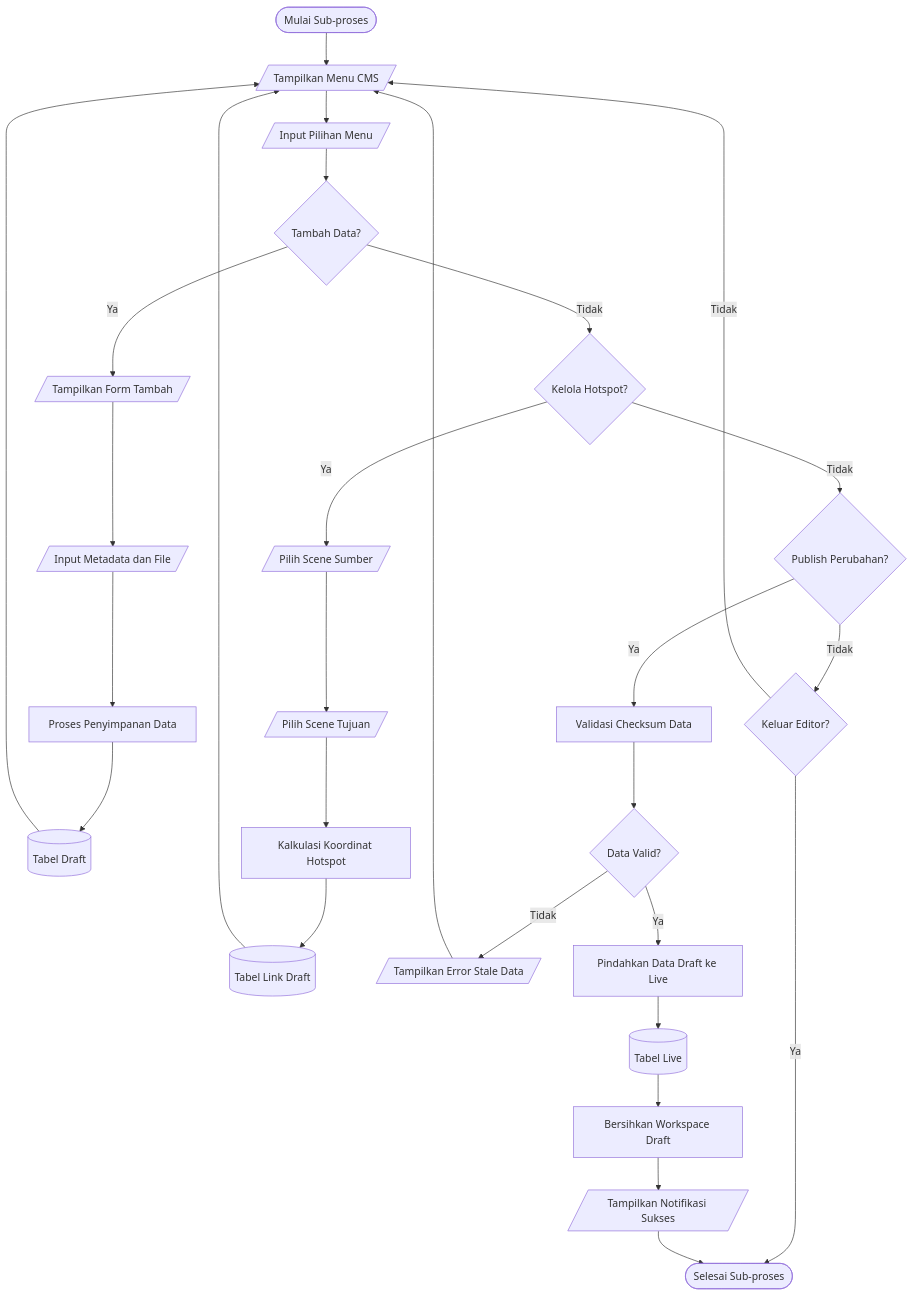
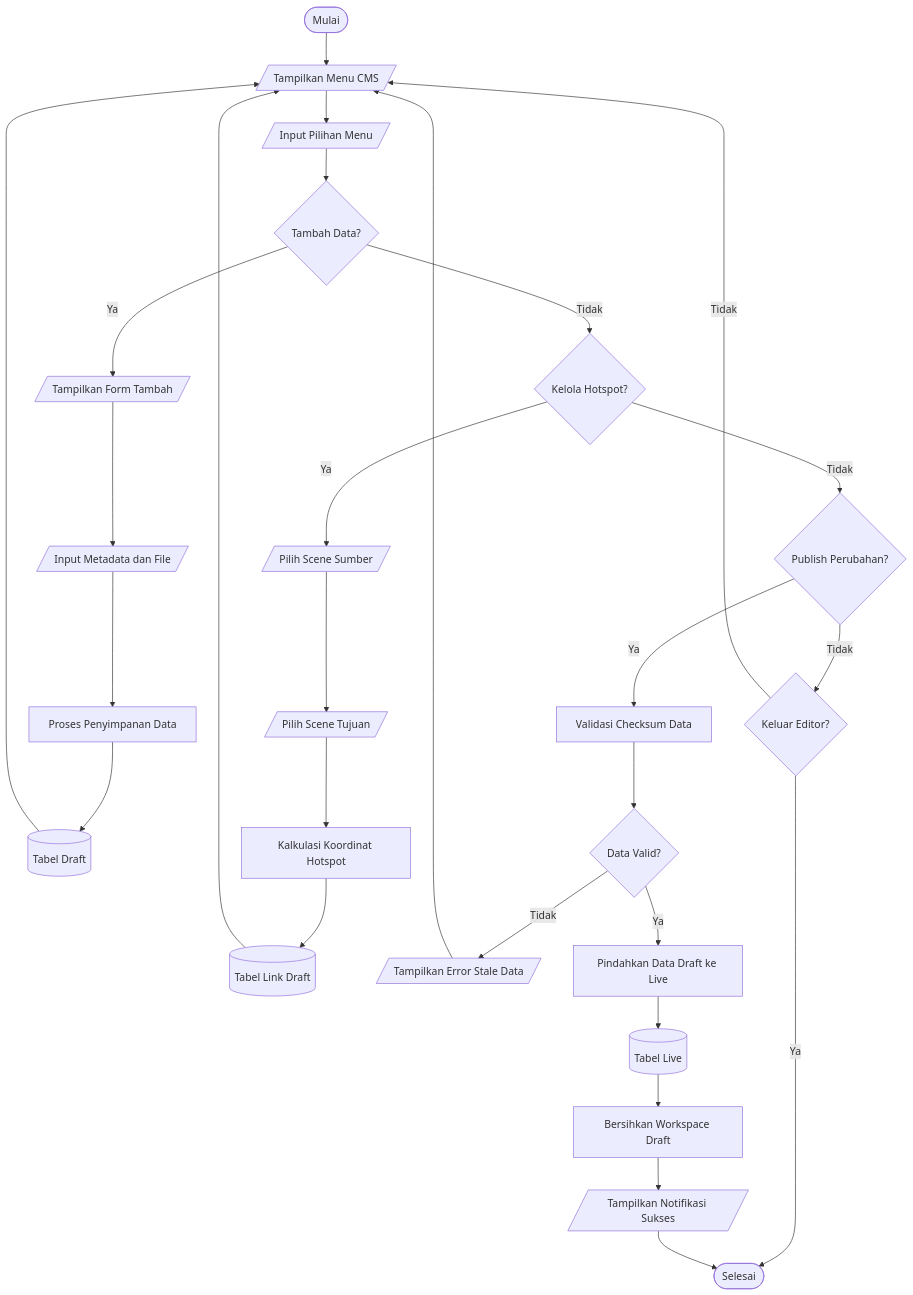
Before and after one commit to rrfito/Semen_Padang_VR: the third of 6 diagrams in README.md, drawn with Mermaid. The commit also changed other lines of this file, not shown here.

````diff
--- a/README.md
+++ b/README.md
@@ -330,36 +330,36 @@
 ```mermaid
 flowchart TD
-    Start([Mulai Sub-proses]) --> TampilMenu[/Tampilkan Menu CMS/]
+    Start([Mulai]) --> TampilMenu[/Tampilkan Menu CMS/]
     TampilMenu --> PilihAksi[/Input Pilihan Menu/]
     PilihAksi --> CekTambah{Tambah Data?}
 
     CekTambah -- Ya --> TampilForm[/Tampilkan Form Tambah/]
     TampilForm --> InputData[/Input Metadata dan File/]
     InputData --> SimpanData[Proses Penyimpanan Data]
     SimpanData --> SimpanDB1[(Tabel Draft)]
     SimpanDB1 --> TampilMenu
 
     CekTambah -- Tidak --> CekLink{Kelola Hotspot?}
     CekLink -- Ya --> PilihSumber[/Pilih Scene Sumber/]
     PilihSumber --> PilihTarget[/Pilih Scene Tujuan/]
     PilihTarget --> BuatRelasi[Kalkulasi Koordinat Hotspot]
     BuatRelasi --> SimpanDB2[(Tabel Link Draft)]
     SimpanDB2 --> TampilMenu
 
     CekLink -- Tidak --> CekPublish{Publish Perubahan?}
     CekPublish -- Tidak --> CekKeluar{Keluar Editor?}
     CekKeluar -- Tidak --> TampilMenu
-    CekKeluar -- Ya --> EndAdmin([Selesai Sub-proses])
+    CekKeluar -- Ya --> EndAdmin([Selesai])
 
     CekPublish -- Ya --> Verifikasi[Validasi Checksum Data]
     Verifikasi --> CekValid{Data Valid?}
 
     CekValid -- Tidak --> TampilErrorSync[/Tampilkan Error Stale Data/]
     TampilErrorSync --> TampilMenu
 
     CekValid -- Ya --> SalinData[Pindahkan Data Draft ke Live]
     SalinData --> SimpanDBLive[(Tabel Live)]
     SimpanDBLive --> HapusDraft[Bersihkan Workspace Draft]
     HapusDraft --> TampilSukses[/Tampilkan Notifikasi Sukses/]
     TampilSukses --> EndAdmin
 ```
````
